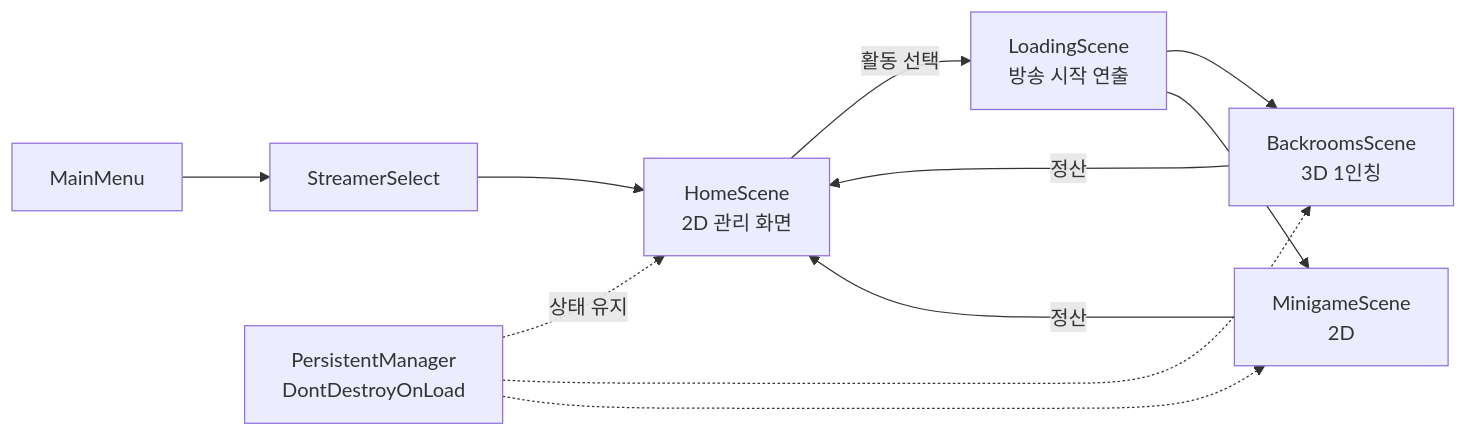
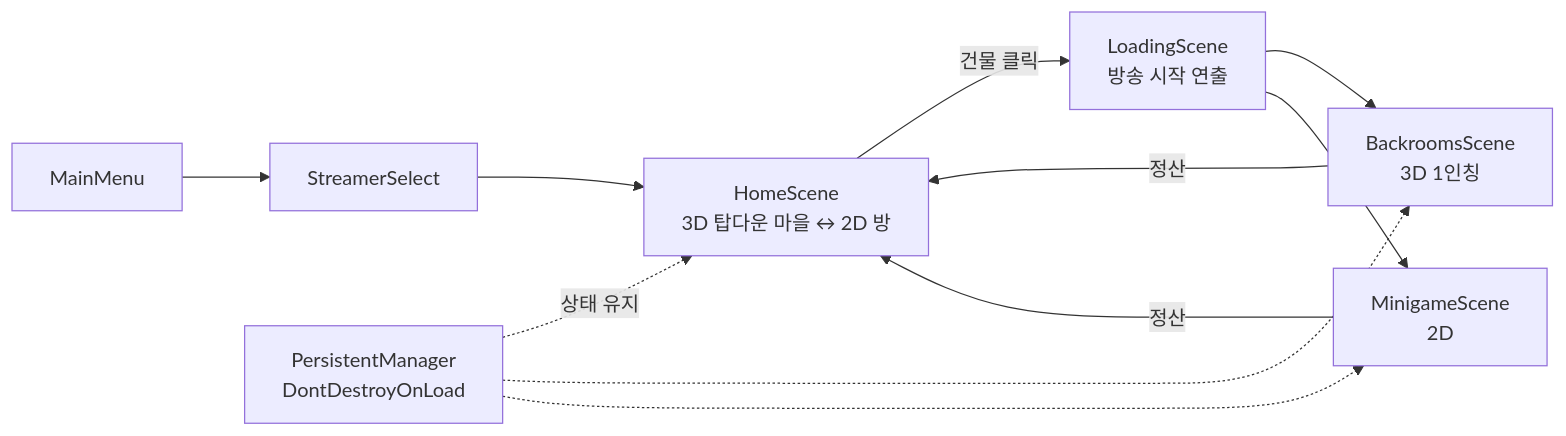
The third of 4 diagrams in Assets/00_DevPlanned/프로젝트R_기획서.md (LAVINSE/Project-R), drawn with Mermaid before and after one commit. The commit also changed other lines of this file and 222 other files, not shown here.

````diff
--- a/Assets/00_DevPlanned/프로젝트R_기획서.md
+++ b/Assets/00_DevPlanned/프로젝트R_기획서.md
@@ -612,14 +625,14 @@
 ```mermaid
 graph LR
     A[MainMenu] --> B[StreamerSelect]
-    B --> C[HomeScene<br/>2D 관리 화면]
-    C -->|활동 선택| D[LoadingScene<br/>방송 시작 연출]
+    B --> C[HomeScene<br/>3D 탑다운 마을 ↔ 2D 방]
+    C -->|건물 클릭| D[LoadingScene<br/>방송 시작 연출]
     D --> E[BackroomsScene<br/>3D 1인칭]
     D --> F[MinigameScene<br/>2D]
     E -->|정산| C
     F -->|정산| C
 
     G[PersistentManager<br/>DontDestroyOnLoad] -.상태 유지.-> C
     G -.-> E
     G -.-> F
 ```
````
